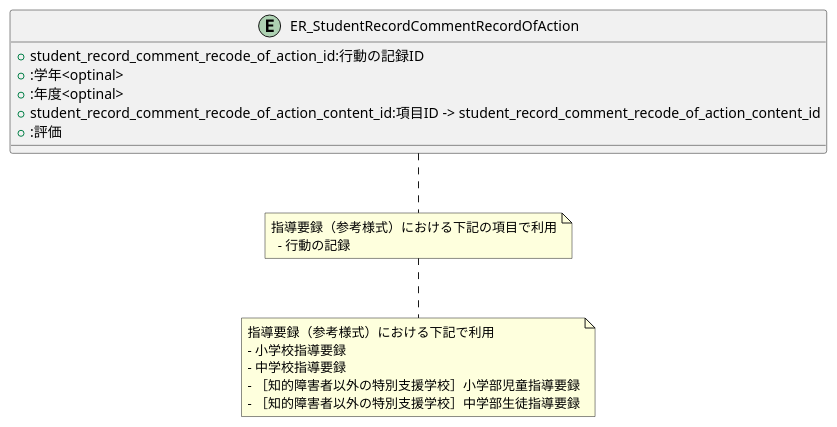
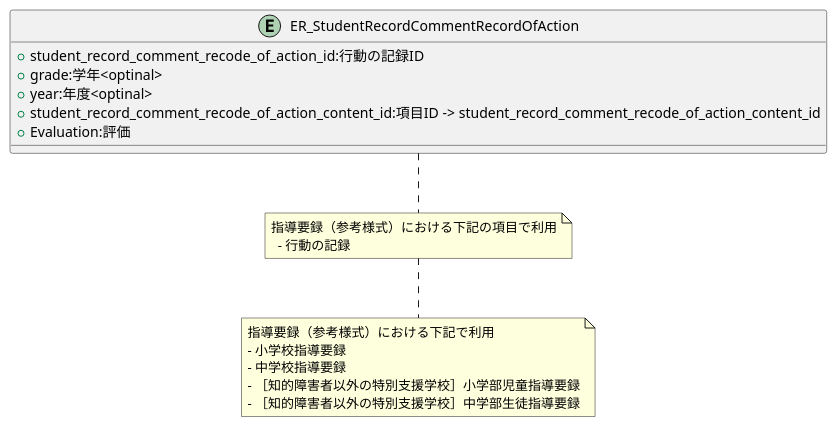
Before and after one commit to popoposorara/ERP_ER: the diagram in Entity/ER_StudentRecordCommentRecordOfAction.pu, drawn with PlantUML. The commit also changed 25 other files, not shown here.

```diff
--- a/Entity/ER_StudentRecordCommentRecordOfAction.pu
+++ b/Entity/ER_StudentRecordCommentRecordOfAction.pu
@@ -1,23 +1,23 @@
 @startuml
 
 entity "ER_StudentRecordCommentRecordOfAction"{
     + student_record_comment_recode_of_action_id:行動の記録ID
-    + :学年<optinal>
-    + :年度<optinal>
+    + grade:学年<optinal>
+    + year:年度<optinal>
     + student_record_comment_recode_of_action_content_id:項目ID -> student_record_comment_recode_of_action_content_id
-    + :評価
+    + Evaluation:評価
 }
 note bottom
 指導要録（参考様式）における下記の項目で利用
   - 行動の記録
 end note
 
 note bottom
 指導要録（参考様式）における下記で利用
 - 小学校指導要録
 - 中学校指導要録
 - ［知的障害者以外の特別支援学校］小学部児童指導要録
 - ［知的障害者以外の特別支援学校］中学部生徒指導要録
 end note
 
 @enduml
```
